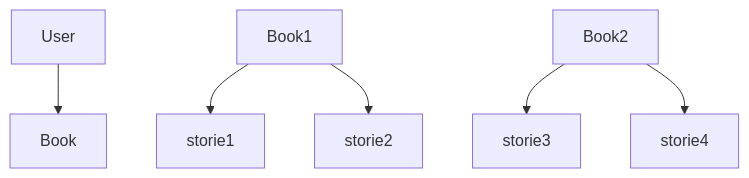
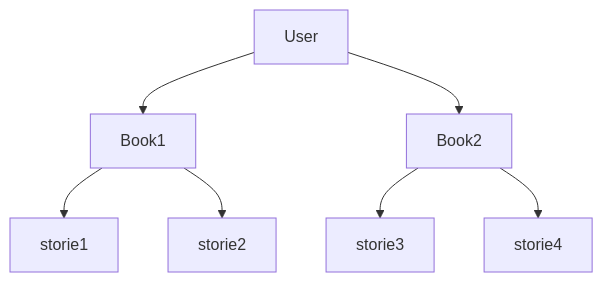
Before and after one commit to mbaqes/dbit: the diagram in README.md, drawn with Mermaid.

````diff
--- a/README.md
+++ b/README.md
@@ -9,8 +9,9 @@
  ```mermaid
 graph TD;
-    User-->Book;
+    User-->Book1;
+    User-->Book2;
     Book1-->storie1;
     Book1-->storie2;
     Book2-->storie3;
     Book2-->storie4;
 ```
````
